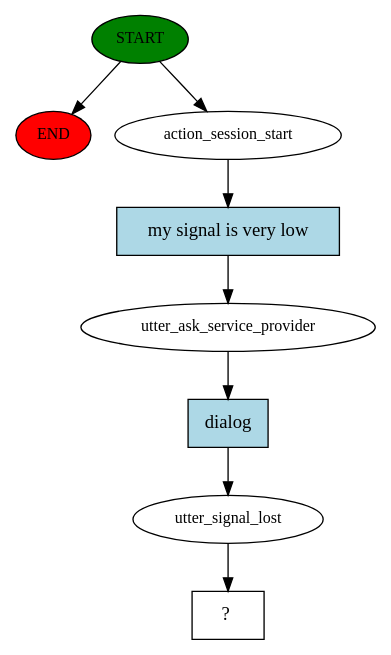
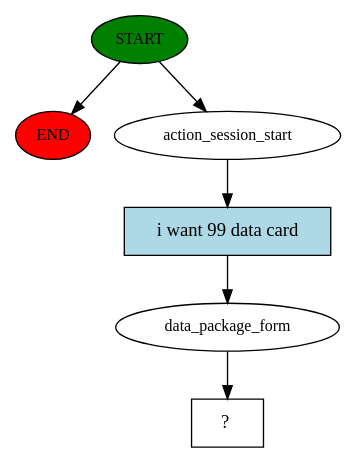
Before and after one commit to NLP-based-Chatbot/NLP: the diagram in Telecommunication/story_graph.dot, drawn with Graphviz. The commit also changed 8 other files, not shown here.

```diff
--- a/Telecommunication/story_graph.dot
+++ b/Telecommunication/story_graph.dot
@@ -1,17 +1,13 @@
 digraph  {
 0 [class="start active", fillcolor=green, fontsize=12, label=START, style=filled];
 "-1" [class=end, fillcolor=red, fontsize=12, label=END, style=filled];
 1 [class=active, fontsize=12, label=action_session_start];
-2 [class=active, fontsize=12, label=utter_ask_service_provider];
-3 [class=active, fontsize=12, label=utter_signal_lost];
-4 [class="intent dashed active", label="  ?  ", shape=rect];
-5 [class="intent active", fillcolor=lightblue, label="my signal is very low", shape=rect, style=filled];
-6 [class="intent active", fillcolor=lightblue, label=dialog, shape=rect, style=filled];
+2 [class=active, fontsize=12, label=data_package_form];
+3 [class="intent dashed active", label="  ?  ", shape=rect];
+4 [class="intent active", fillcolor=lightblue, label="i want 99 data card", shape=rect, style=filled];
 0 -> "-1"  [class="", key=NONE, label=""];
 0 -> 1  [class=active, key=NONE, label=""];
-1 -> 5  [class=active, key=0];
-2 -> 6  [class=active, key=0];
-3 -> 4  [class=active, key=NONE, label=""];
-5 -> 2  [class=active, key=0];
-6 -> 3  [class=active, key=0];
+1 -> 4  [class=active, key=0];
+2 -> 3  [class=active, key=NONE, label=""];
+4 -> 2  [class=active, key=0];
 }
```
